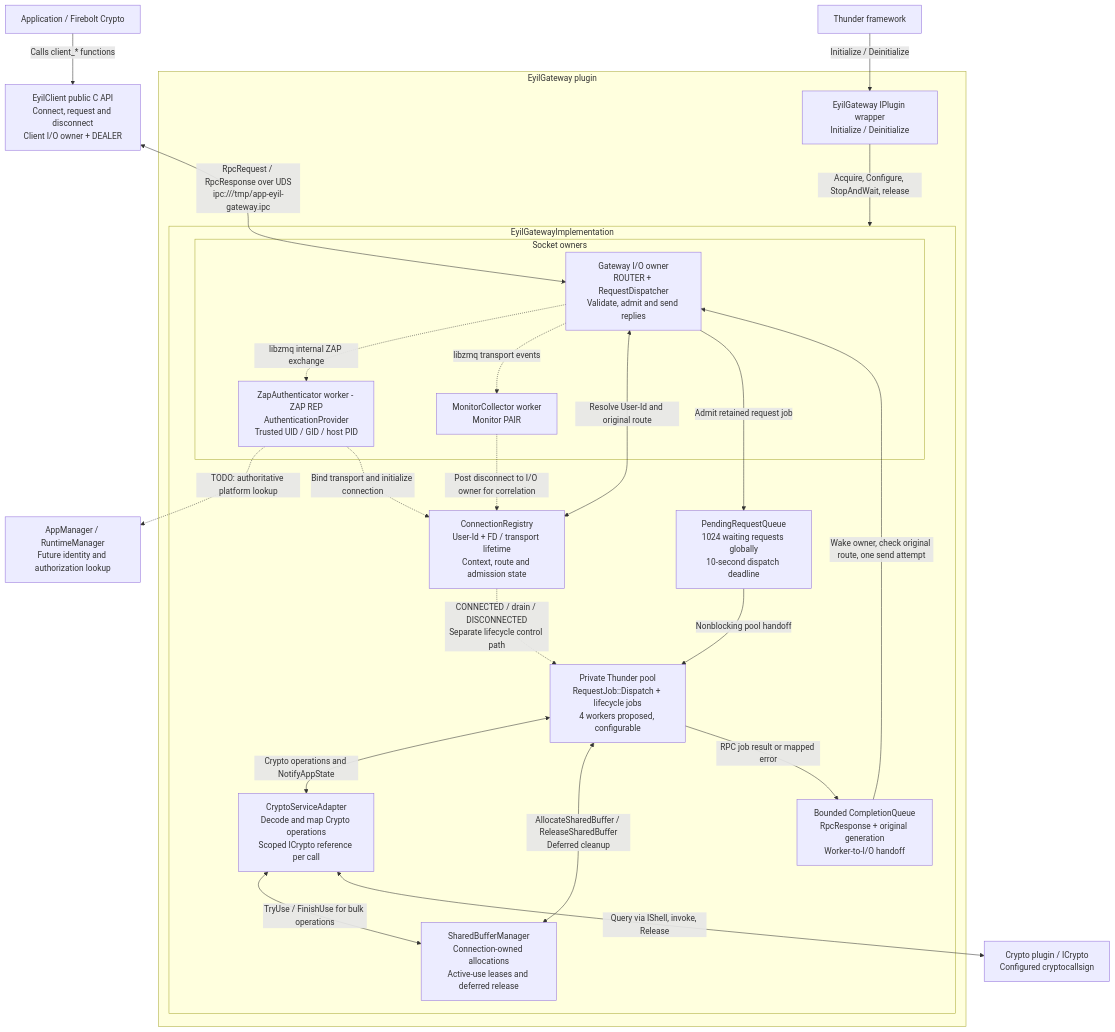
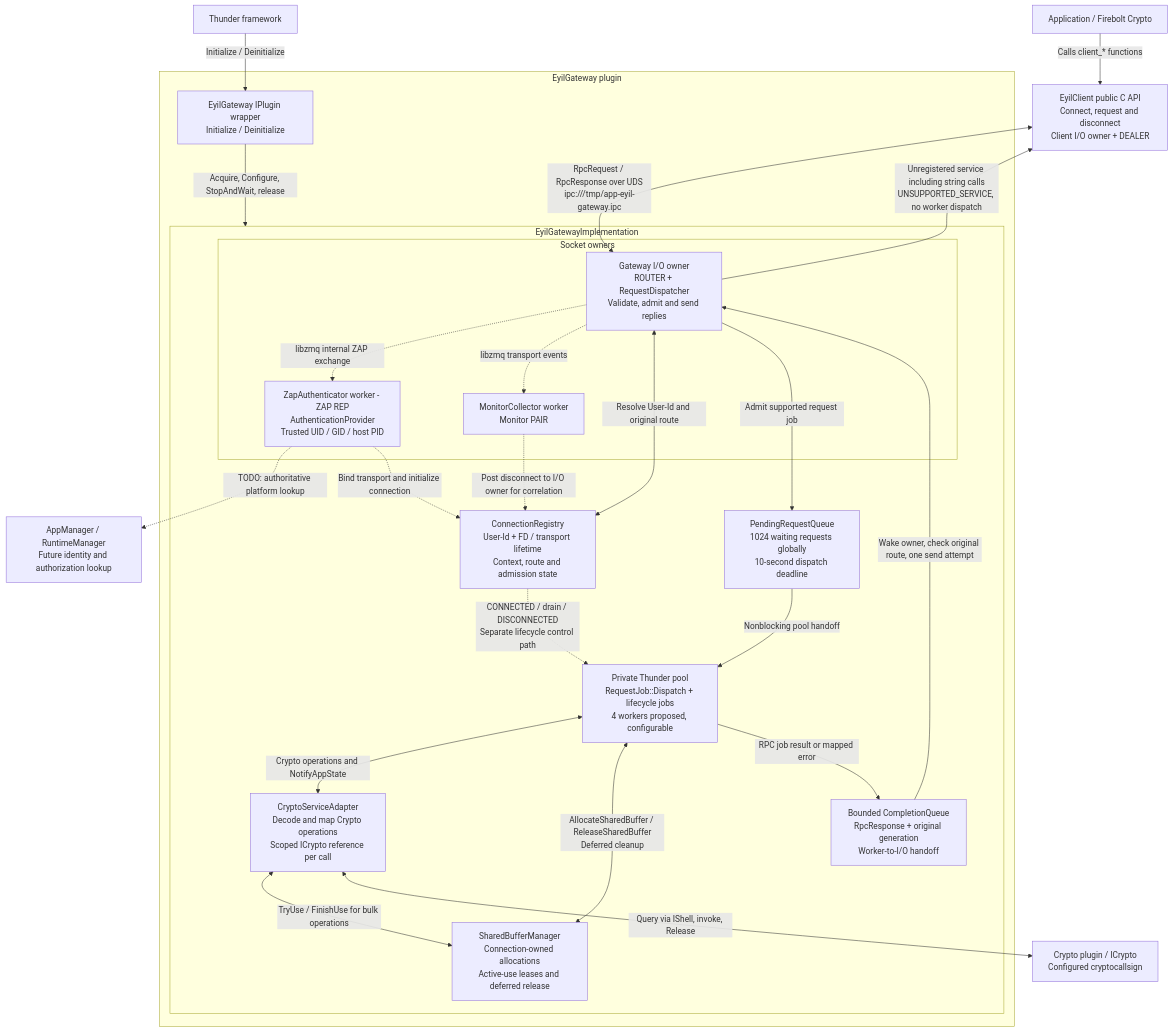
Before and after one commit to rdkcentral/eyil-secure-gateway: diagram 17 of 38 in doc/EyilSecureGateway.md, drawn with Mermaid. The commit also changed other lines of this file, not shown here.

Commit message:
RDKEMW-27976: Remove Client's queue

````diff
--- a/doc/EyilSecureGateway.md
+++ b/doc/EyilSecureGateway.md
@@ -2629,46 +2957,47 @@
 ```mermaid
 flowchart TB
     APP["Application / Firebolt Crypto"]
     CLIENT["EyilClient public C API<br/>Connect, request and disconnect<br/>Client I/O owner + DEALER"]
     TH["Thunder framework"]
     subgraph GW["EyilGateway plugin"]
         WR["EyilGateway IPlugin wrapper<br/>Initialize / Deinitialize"]
         subgraph RT["EyilGatewayImplementation"]
             subgraph TRANSPORT["Socket owners"]
                 IO["Gateway I/O owner<br/>ROUTER + RequestDispatcher<br/>Validate, admit and send replies"]
                 ZAP["ZapAuthenticator worker - ZAP REP<br/>AuthenticationProvider<br/>Trusted UID / GID / host PID"]
                 MON["MonitorCollector worker<br/>Monitor PAIR"]
             end
             REG["ConnectionRegistry<br/>User-Id + FD / transport lifetime<br/>Context, route and admission state"]
             Q["PendingRequestQueue<br/>1024 waiting requests globally<br/>10-second dispatch deadline"]
             POOL["Private Thunder pool<br/>RequestJob::Dispatch + lifecycle jobs<br/>4 workers proposed, configurable"]
             AD["CryptoServiceAdapter<br/>Decode and map Crypto operations<br/>Scoped ICrypto reference per call"]
             BUF["SharedBufferManager<br/>Connection-owned allocations<br/>Active-use leases and deferred release"]
             OUT["Bounded CompletionQueue<br/>RpcResponse + original generation<br/>Worker-to-I/O handoff"]
         end
     end
     CRYPTO["Crypto plugin / ICrypto<br/>Configured cryptocallsign"]
     PLATFORM["AppManager / RuntimeManager<br/>Future identity and authorization lookup"]
 
     APP -- "Calls client_* functions" --> CLIENT
     CLIENT <-->|"RpcRequest / RpcResponse over UDS<br/>ipc:///tmp/app-eyil-gateway.ipc"| IO
     TH -- "Initialize / Deinitialize" --> WR
     WR -- "Acquire, Configure, StopAndWait, release" --> RT
 
     IO -. "libzmq internal ZAP exchange" .-> ZAP
     IO -. "libzmq transport events" .-> MON
     ZAP -. "TODO: authoritative platform lookup" .-> PLATFORM
     ZAP -. "Bind transport and initialize connection" .-> REG
     MON -. "Post disconnect to I/O owner for correlation" .-> REG
     REG -. "CONNECTED / drain / DISCONNECTED<br/>Separate lifecycle control path" .-> POOL
 
     IO <-->|"Resolve User-Id and original route"| REG
-    IO -- "Admit retained request job" --> Q
+    IO -- "Unregistered service including string calls<br/>UNSUPPORTED_SERVICE, no worker dispatch" --> CLIENT
+    IO -- "Admit supported request job" --> Q
     Q -- "Nonblocking pool handoff" --> POOL
     POOL <-->|"Crypto operations and NotifyAppState"| AD
     POOL <-->|"AllocateSharedBuffer / ReleaseSharedBuffer<br/>Deferred cleanup"| BUF
     AD <-->|"TryUse / FinishUse for bulk operations"| BUF
     AD <-->|"Query via IShell, invoke, Release"| CRYPTO
     POOL -- "RPC job result or mapped error" --> OUT
     OUT -- "Wake owner, check original route, one send attempt" --> IO
 ```
````
